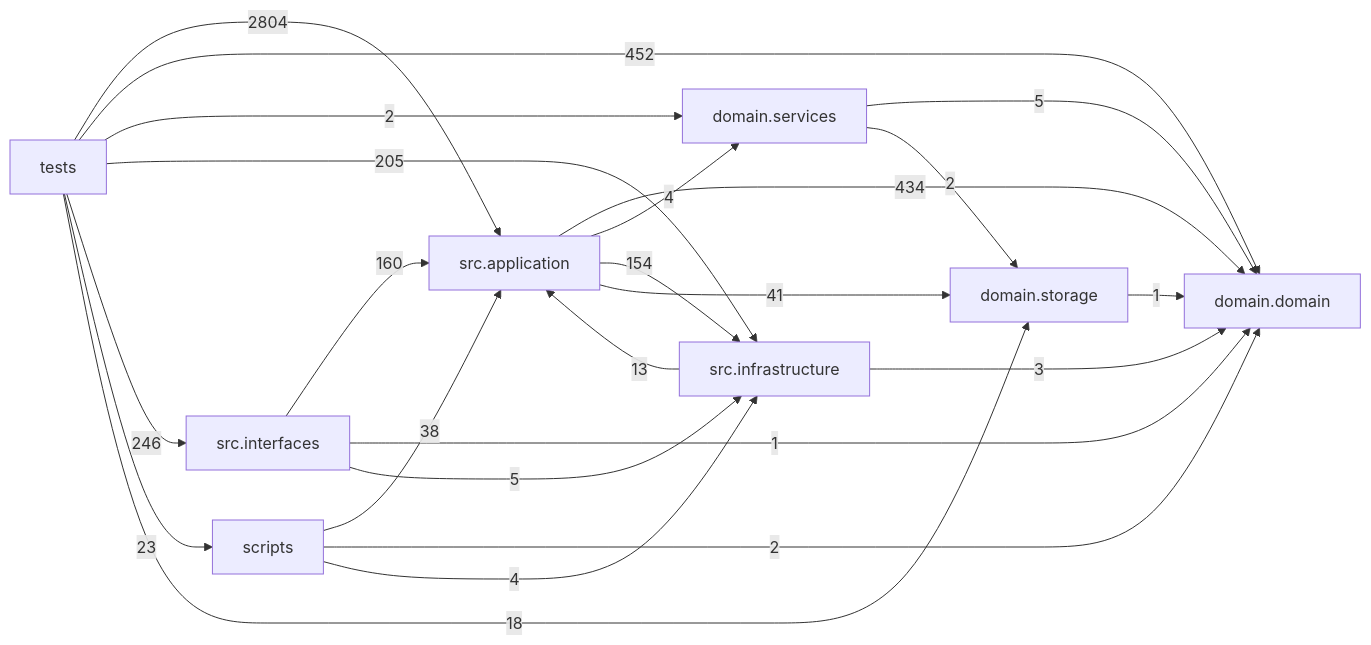
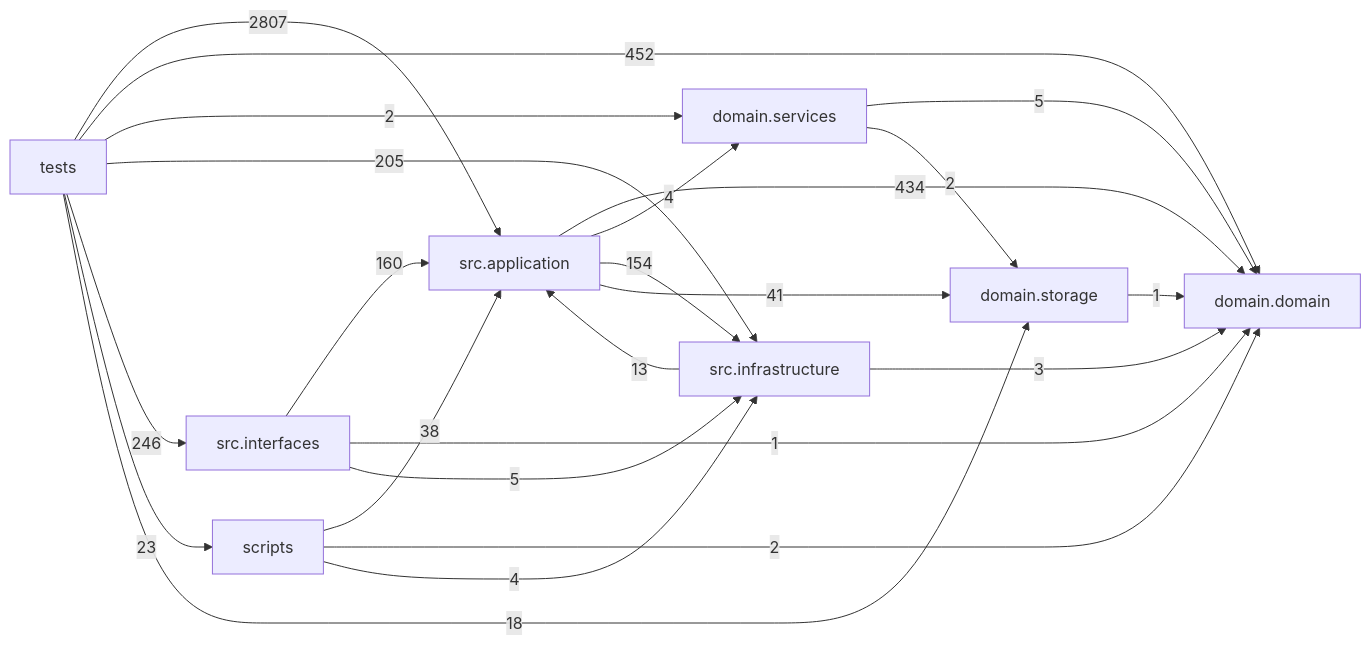
The diagram in docs/DEPENDENCY_GRAPH.md (liuxie066/options-monitor), drawn with Mermaid before and after one commit. The commit also changed other lines of this file and 6 other files, not shown here.

````diff
--- a/docs/DEPENDENCY_GRAPH.md
+++ b/docs/DEPENDENCY_GRAPH.md
@@ -24,33 +24,33 @@
 ```mermaid
 flowchart LR
   tests["tests"]
   scripts["scripts"]
   interfaces["src.interfaces"]
   application["src.application"]
   infrastructure["src.infrastructure"]
   domain_services["domain.services"]
   domain["domain.domain"]
   storage["domain.storage"]
   application -->|434| domain
   application -->|4| domain_services
   application -->|154| infrastructure
   application -->|41| storage
   domain_services -->|5| domain
   domain_services -->|2| storage
   infrastructure -->|13| application
   infrastructure -->|3| domain
   interfaces -->|160| application
   interfaces -->|1| domain
   interfaces -->|5| infrastructure
   scripts -->|38| application
   scripts -->|2| domain
   scripts -->|4| infrastructure
   storage -->|1| domain
-  tests -->|2804| application
+  tests -->|2807| application
   tests -->|452| domain
   tests -->|2| domain_services
   tests -->|205| infrastructure
   tests -->|246| interfaces
   tests -->|23| scripts
   tests -->|18| storage
 ```
````
